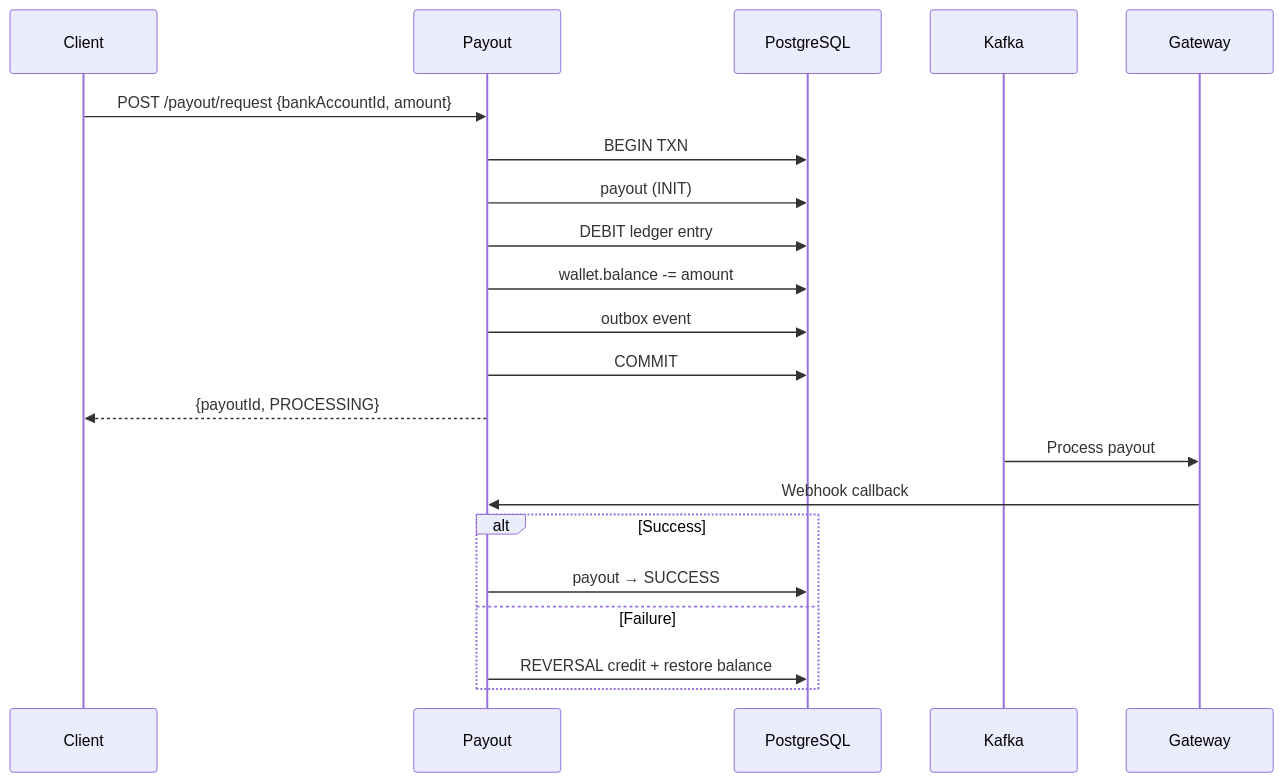
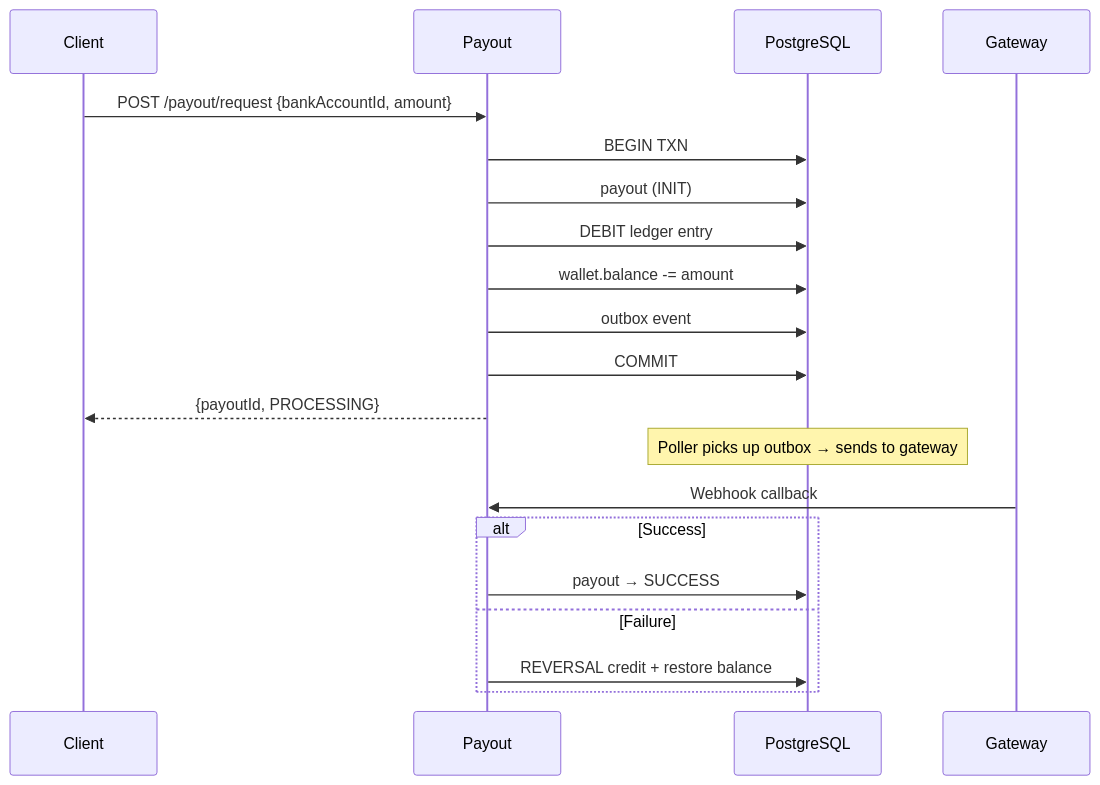
One commit to devanshjhaa/NeoBank changed the sixth of 11 diagrams in docs/PROJECT_REPORT.md. Above: the diagram before and after it, drawn with Mermaid. The commit also changed other lines of this file and 4 other files, not shown here.

First line of the commit message:
refactor: remove Kafka, use DB outbox + Upstash Redis

````diff
--- a/docs/PROJECT_REPORT.md
+++ b/docs/PROJECT_REPORT.md
@@ -446,26 +444,25 @@
 ```mermaid
 sequenceDiagram
     participant C as Client
     participant API as Payout
     participant DB as PostgreSQL
-    participant K as Kafka
     participant GW as Gateway
 
     C->>API: POST /payout/request {bankAccountId, amount}
     API->>DB: BEGIN TXN
     API->>DB: payout (INIT)
     API->>DB: DEBIT ledger entry
     API->>DB: wallet.balance -= amount
     API->>DB: outbox event
     API->>DB: COMMIT
     API-->>C: {payoutId, PROCESSING}
 
-    K->>GW: Process payout
+    Note over DB: Poller picks up outbox → sends to gateway
     GW->>API: Webhook callback
 
     alt Success
         API->>DB: payout → SUCCESS
     else Failure
         API->>DB: REVERSAL credit + restore balance
     end
 ```
````
